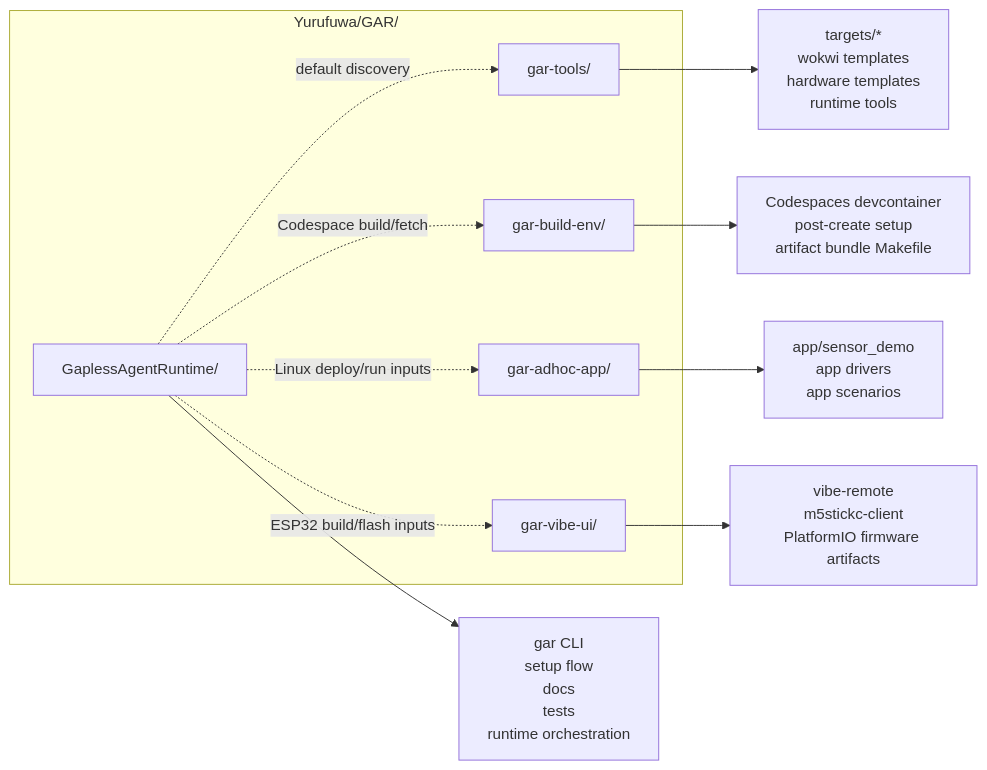
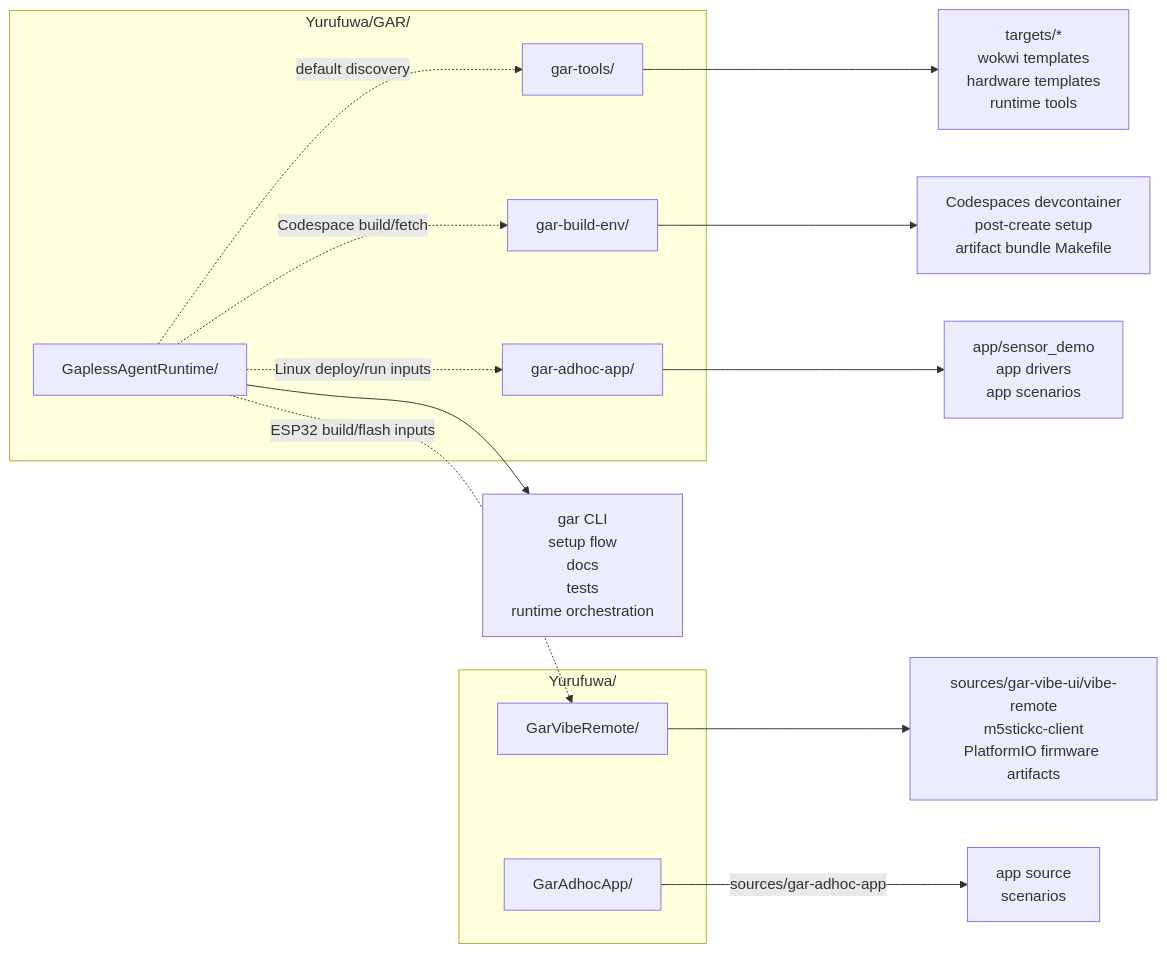
Before and after one commit to ThousandsOfTies/AgentCockpit: the second of 6 diagrams in docs/08_REPOSITORY_LAYOUT.md, drawn with Mermaid. The commit also changed other lines of this file and 148 other files, not shown here.

````diff
--- a/docs/08_REPOSITORY_LAYOUT.md
+++ b/docs/08_REPOSITORY_LAYOUT.md
@@ -274,21 +302,26 @@
 ```mermaid
 flowchart LR
   subgraph Workspace["Yurufuwa/GAR/"]
     GAR["GaplessAgentRuntime/"]
     Tools["gar-tools/"]
     BuildEnv["gar-build-env/"]
     LinuxApp["gar-adhoc-app/"]
-    M5App["gar-vibe-ui/"]
+  end
+
+  subgraph ProductWorkspaces["Yurufuwa/"]
+    LinuxProduct["GarAdhocApp/"]
+    M5Product["GarVibeRemote/"]
   end
 
   GAR --> GARFiles["gar CLI\nsetup flow\ndocs\ntests\nruntime orchestration"]
   Tools --> ToolFiles["targets/*\nwokwi templates\nhardware templates\nruntime tools"]
   BuildEnv --> BuildFiles["Codespaces devcontainer\npost-create setup\nartifact bundle Makefile"]
   LinuxApp --> LinuxAppFiles["app/sensor_demo\napp drivers\napp scenarios"]
-  M5App --> M5AppFiles["vibe-remote\nm5stickc-client\nPlatformIO firmware artifacts"]
+  LinuxProduct -->|sources/gar-adhoc-app| LinuxProductFiles["app source\nscenarios"]
+  M5Product --> M5AppFiles["sources/gar-vibe-ui/vibe-remote\nm5stickc-client\nPlatformIO firmware artifacts"]
 
   GAR -. "default discovery" .-> Tools
   GAR -. "Codespace build/fetch" .-> BuildEnv
   GAR -. "Linux deploy/run inputs" .-> LinuxApp
-  GAR -. "ESP32 build/flash inputs" .-> M5App
+  GAR -. "ESP32 build/flash inputs" .-> M5Product
 ```
````
